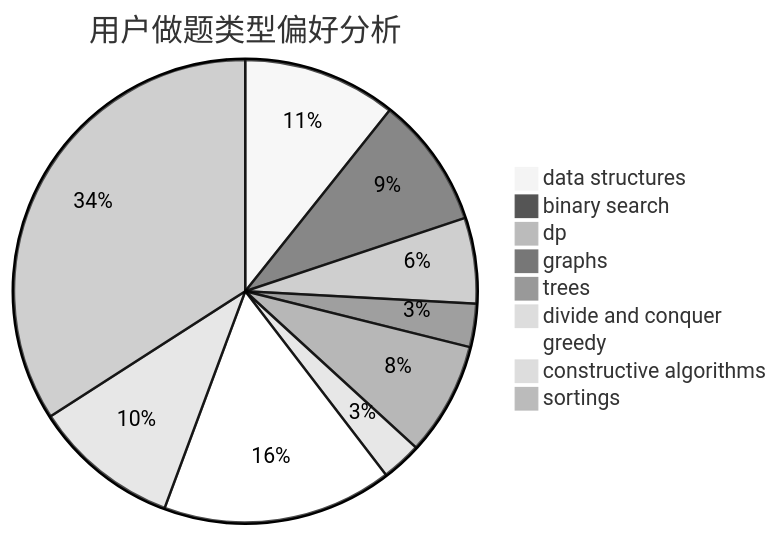
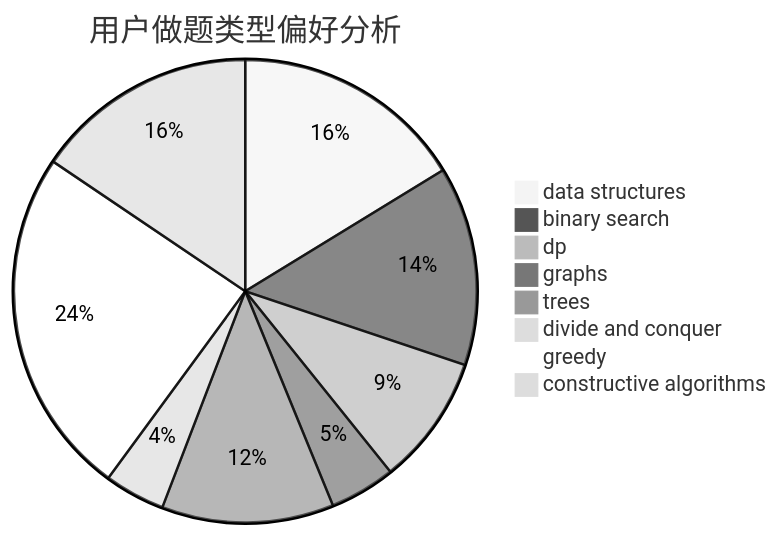
The second of 3 diagrams in docs/user/u207.md (sherpahu/cfrs.github.io), drawn with Mermaid (neutral theme) before and after one commit. The commit also changed other lines of this file and 2769 other files, not shown here.

````diff
--- a/docs/user/u207.md
+++ b/docs/user/u207.md
@@ -18,12 +18,11 @@
 ```mermaid
 pie title 用户做题类型偏好分析
     "data structures" :  138
     "binary search" :  118
     "dp" :  77
     "graphs" :  39
     "trees" :  102
     "divide and conquer" :  36
     "greedy" :  207
     "constructive algorithms" :  132
-    "sortings" :  439
 ```
````
